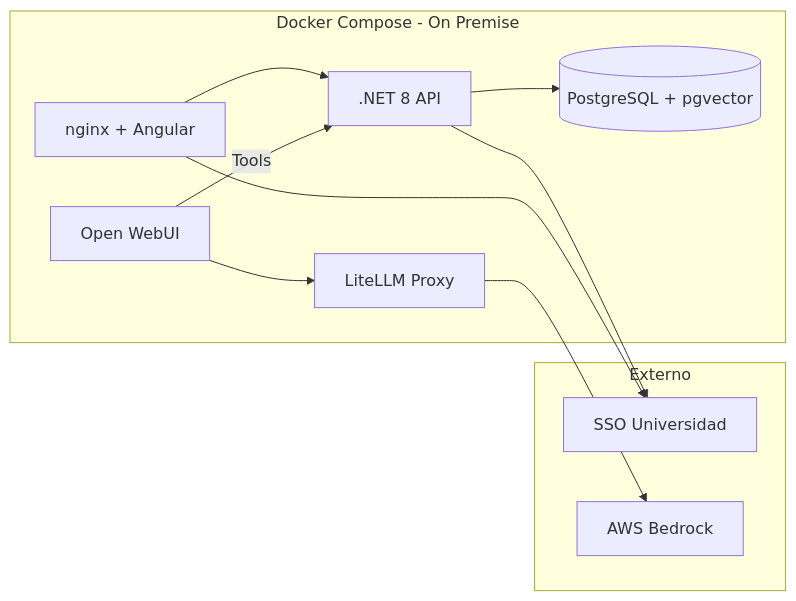
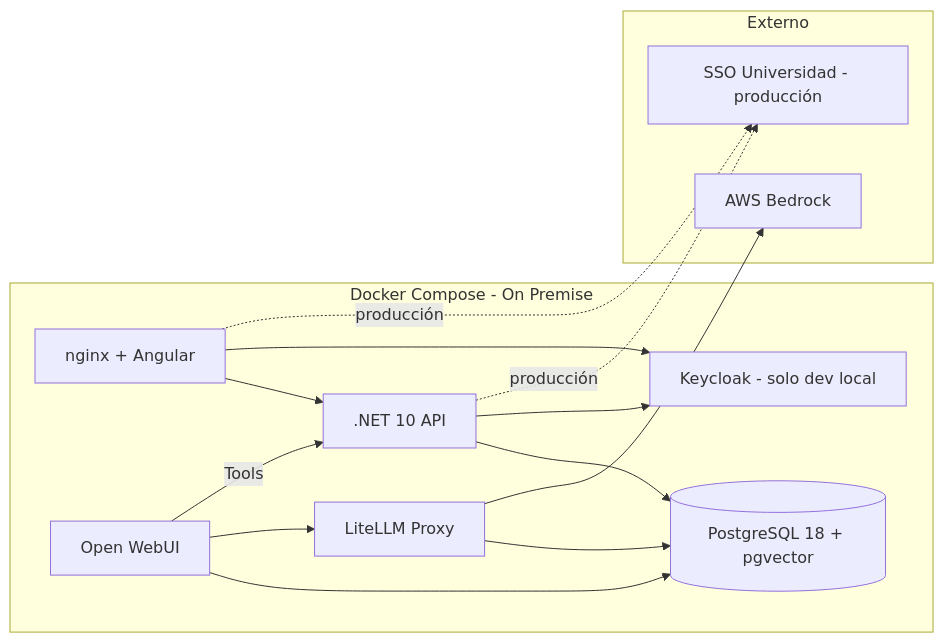
One commit to angellvl-umh/cartera-proyectos changed the second of 2 diagrams in docs/01-stack-tecnico.md. Above: the diagram before and after it, drawn with Mermaid. The commit also changed other lines of this file and 2 other files, not shown here.

Commit message:
docs: update technical stack and authentication flow details for Angular 21 and .NET 10 integration

````diff
--- a/docs/01-stack-tecnico.md
+++ b/docs/01-stack-tecnico.md
@@ -95,23 +135,28 @@
 ```mermaid
 graph LR
     subgraph "Docker Compose - On Premise"
         FE[nginx + Angular]
-        BE[.NET 8 API]
-        DB[(PostgreSQL + pgvector)]
+        BE[.NET 10 API]
+        DB[(PostgreSQL 18 + pgvector)]
         OW[Open WebUI]
         LL[LiteLLM Proxy]
+        KC[Keycloak - solo dev local]
     end
 
     subgraph "Externo"
-        SSO[SSO Universidad]
+        SSO[SSO Universidad - producción]
         BK[AWS Bedrock]
     end
 
     FE --> BE
     BE --> DB
+    OW --> DB
+    LL --> DB
     OW --> LL
     LL --> BK
     OW -->|Tools| BE
-    BE --> SSO
-    FE --> SSO
+    BE --> KC
+    FE --> KC
+    BE -.->|producción| SSO
+    FE -.->|producción| SSO
 ```
````
